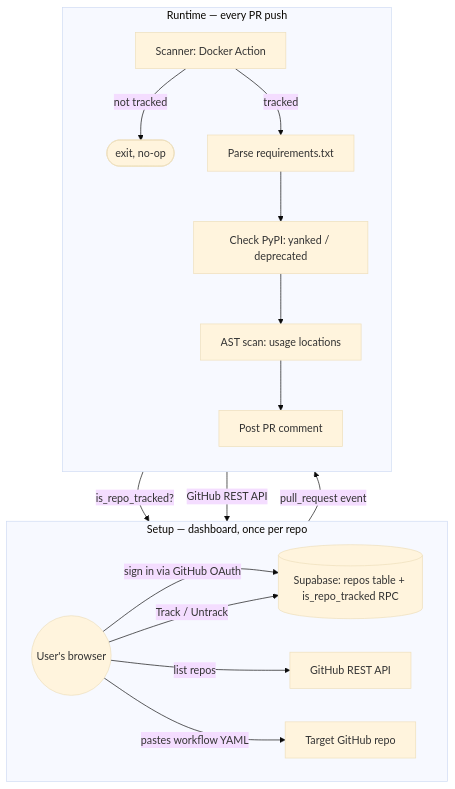
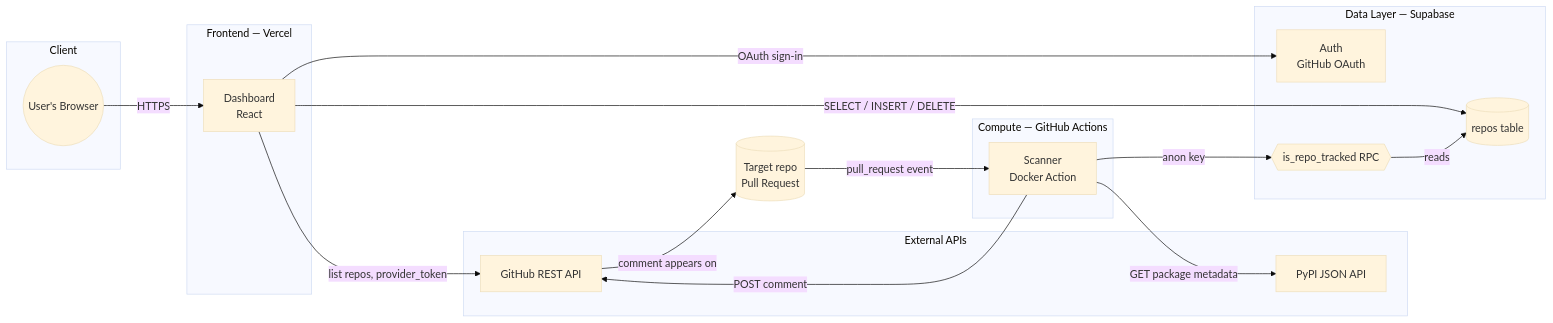
The diagram in README.md (dxfeng/deprecation-auditor), drawn with Mermaid (base theme) before and after one commit.

Commit message:
Changed flowchart

````diff
--- a/README.md
+++ b/README.md
@@ -26,26 +26,39 @@
 ```mermaid
-flowchart TD
-    User((User's browser))
-    Repo[Target GitHub repo]
-    Supa[(Supabase: repos table + is_repo_tracked RPC)]
-
-    subgraph Setup["Setup — dashboard, once per repo"]
-        direction LR
-        User -->|sign in via GitHub OAuth| Supa
-        User -->|list repos| GHAPI1[GitHub REST API]
-        User -->|Track / Untrack| Supa
-        User -->|pastes workflow YAML| Repo
+flowchart LR
+    subgraph Client["Client"]
+        Browser((User's Browser))
     end
 
-    subgraph Runtime["Runtime — every PR push"]
-        direction TB
-        Repo -->|pull_request event| Action[Scanner: Docker Action]
-        Action -->|is_repo_tracked?| Supa
-        Action -->|not tracked| Skip([exit, no-op])
-        Action -->|tracked| Parse[Parse requirements.txt]
-        Parse --> PyPICheck[Check PyPI: yanked / deprecated]
-        PyPICheck --> AST[AST scan: usage locations]
-        AST --> Comment[Post PR comment]
-        Comment -->|GitHub REST API| Repo
+    subgraph Frontend["Frontend — Vercel"]
+        Dashboard[Dashboard\nReact]
     end
+
+    subgraph Compute["Compute — GitHub Actions"]
+        Scanner[Scanner\nDocker Action]
+    end
+
+    subgraph Data["Data Layer — Supabase"]
+        AuthSvc[Auth\nGitHub OAuth]
+        ReposTable[(repos table)]
+        RPC{{is_repo_tracked RPC}}
+    end
+
+    subgraph External["External APIs"]
+        GitHubAPI[GitHub REST API]
+        PyPIAPI[PyPI JSON API]
+    end
+
+    Repo[(Target repo\nPull Request)]
+
+    Browser -->|HTTPS| Dashboard
+    Dashboard -->|OAuth sign-in| AuthSvc
+    Dashboard -->|SELECT / INSERT / DELETE| ReposTable
+    Dashboard -->|list repos, provider_token| GitHubAPI
+
+    Repo -->|pull_request event| Scanner
+    Scanner -->|anon key| RPC
+    RPC -->|reads| ReposTable
+    Scanner -->|GET package metadata| PyPIAPI
+    Scanner -->|POST comment| GitHubAPI
+    GitHubAPI -->|comment appears on| Repo
 ```
````
